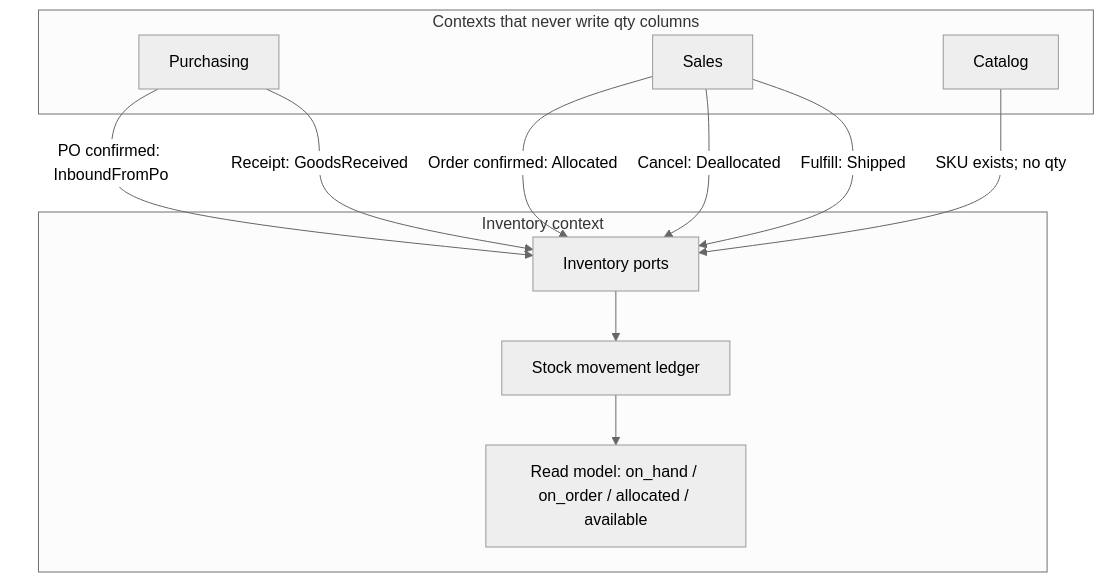
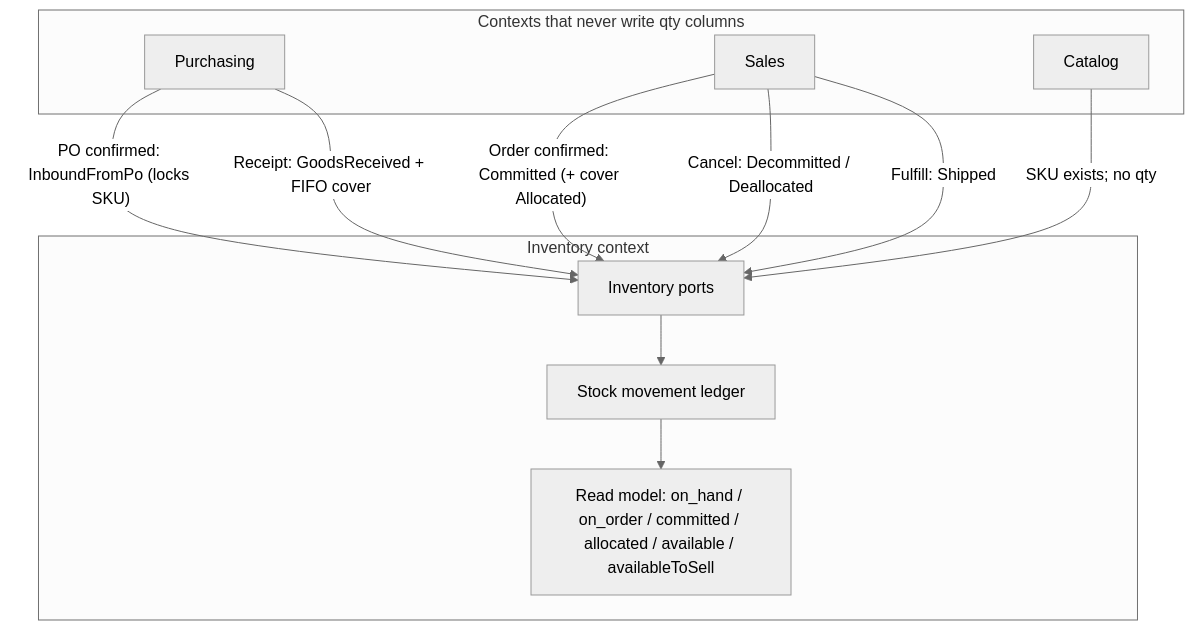
Before and after one commit to adamhinckley/dc-inventory: the third of 4 diagrams in docs/architecture.md, drawn with Mermaid (neutral theme). The commit also changed other lines of this file and 11 other files, not shown here.

First line of the commit message:
[ADA-175] Lock David's available-to-sell formula in ADR 0008.

````diff
--- a/docs/architecture.md
+++ b/docs/architecture.md
@@ -341,21 +347,21 @@
 ```mermaid
 flowchart TD
   subgraph writers [Contexts that never write qty columns]
     Purchasing
     Sales
     Catalog
   end
   subgraph inventory [Inventory context]
     Ports[Inventory ports]
     Ledger[Stock movement ledger]
-    ReadModel["Read model: on_hand / on_order / allocated / available"]
+    ReadModel["Read model: on_hand / on_order / committed / allocated / available / availableToSell"]
   end
-  Purchasing -->|"PO confirmed: InboundFromPo"| Ports
-  Purchasing -->|"Receipt: GoodsReceived"| Ports
-  Sales -->|"Order confirmed: Allocated"| Ports
-  Sales -->|"Cancel: Deallocated"| Ports
+  Purchasing -->|"PO confirmed: InboundFromPo (locks SKU)"| Ports
+  Purchasing -->|"Receipt: GoodsReceived + FIFO cover"| Ports
+  Sales -->|"Order confirmed: Committed (+ cover Allocated)"| Ports
+  Sales -->|"Cancel: Decommitted / Deallocated"| Ports
   Sales -->|"Fulfill: Shipped"| Ports
   Catalog -->|"SKU exists; no qty"| Ports
   Ports --> Ledger
   Ledger --> ReadModel
 ```
````
